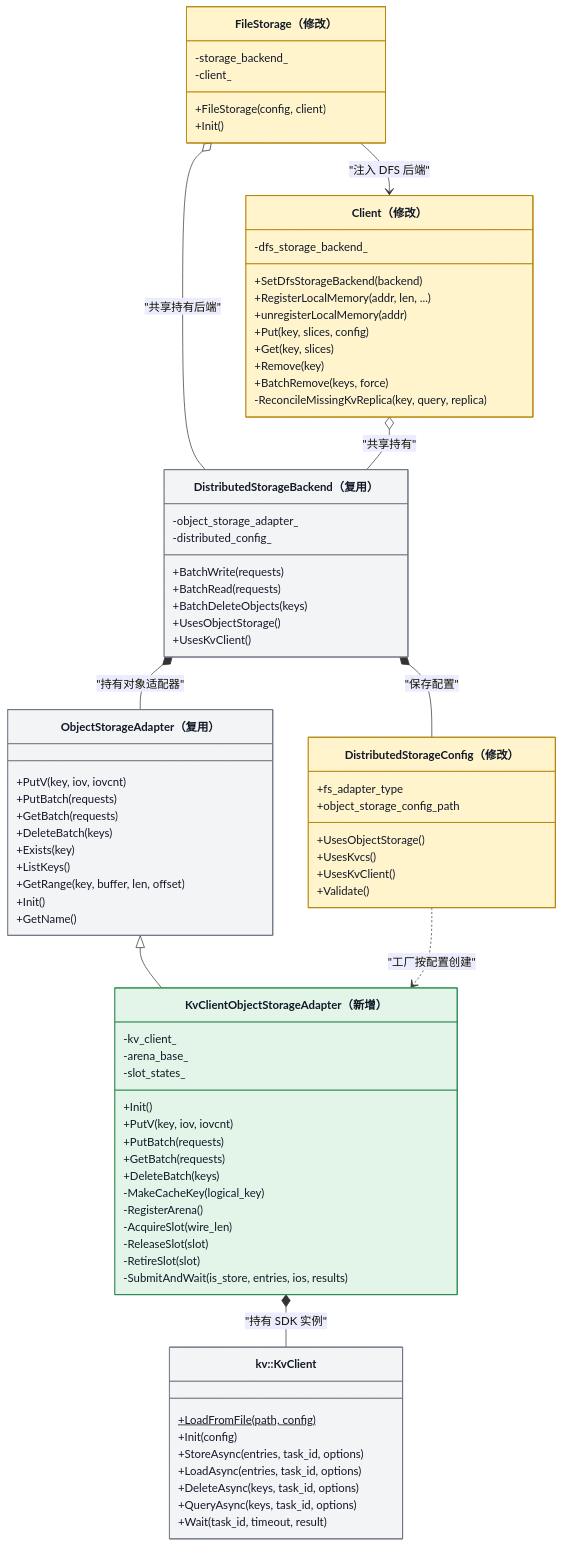
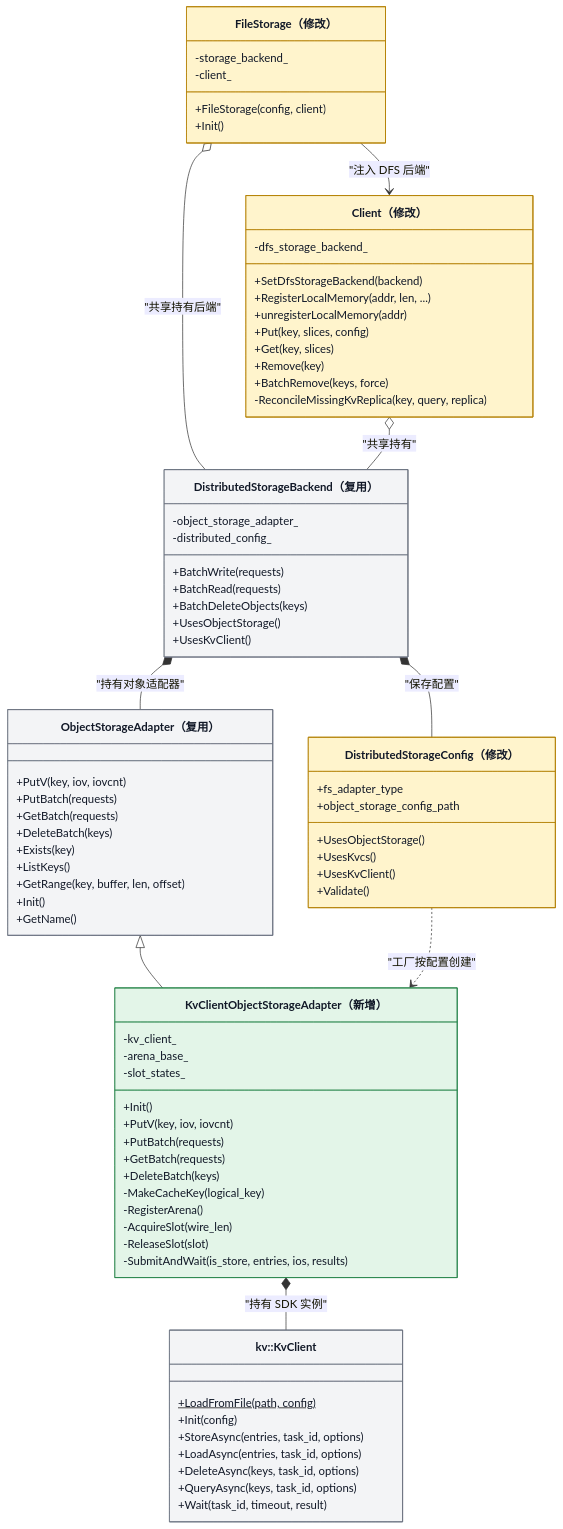
Before and after one commit to zwj20000328-dotcom/Mooncake-documents: the second of 13 diagrams in Mooncake + KVClient L3 接入（Kvcs）- v3.md, drawn with Mermaid. The commit also changed other lines of this file, not shown here.

First line of the commit message:
docs: release the slot on every failure path

```diff
--- a/Mooncake + KVClient L3 接入（Kvcs）- v3.md
+++ b/Mooncake + KVClient L3 接入（Kvcs）- v3.md
@@ -187,7 +187,6 @@
         -RegisterArena()
         -AcquireSlot(wire_len)
         -ReleaseSlot(slot)
-        -RetireSlot(slot)
         -SubmitAndWait(is_store, entries, ios, results)
     }
 
```
